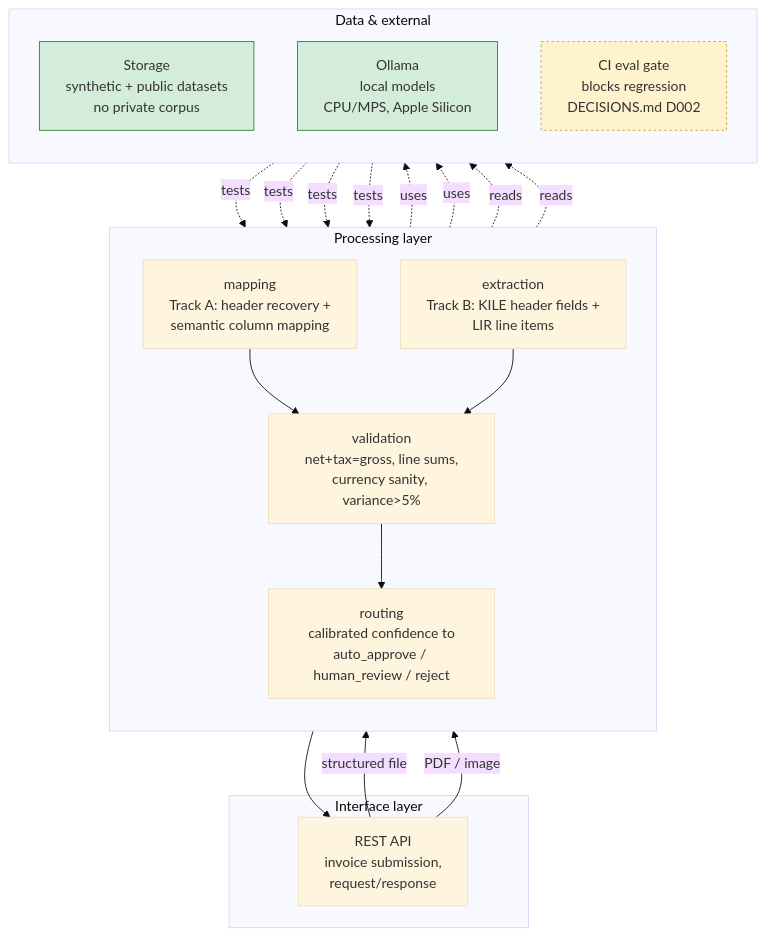
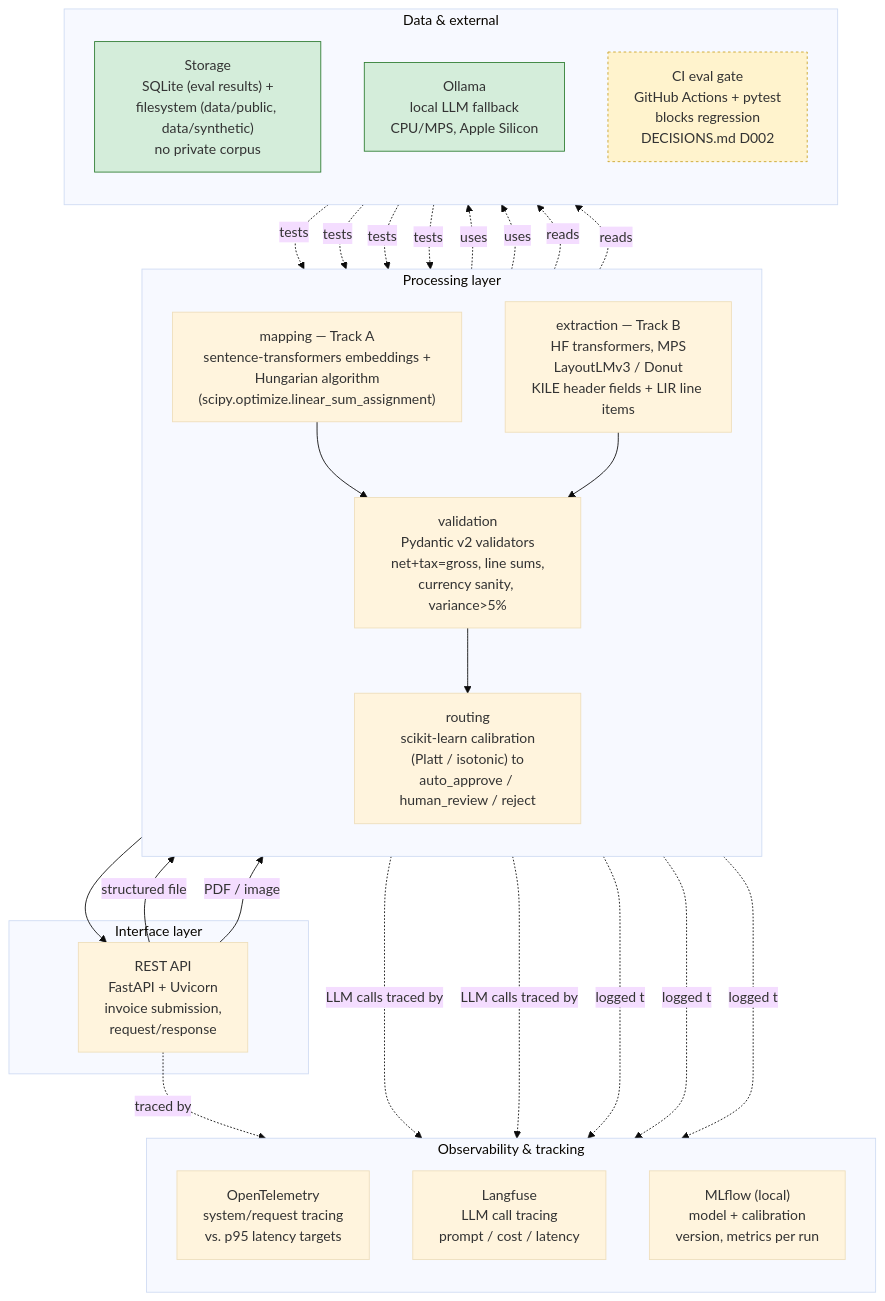
Before and after one commit to SaidIbenariba/invoiceops: the diagram in docs/architecture/system-architecture.md, drawn with Mermaid (base theme). The commit also changed other lines of this file and 5 other files, not shown here.

First line of the commit message:
Pin tech stack, add deployment + ML-lifecycle diagrams

````diff
--- a/docs/architecture/system-architecture.md
+++ b/docs/architecture/system-architecture.md
@@ -5,41 +5,55 @@
 ```mermaid
 flowchart TD
     subgraph IFACE["Interface layer"]
-        API["REST API<br/>invoice submission,<br/>request/response"]
+        API["REST API<br/>FastAPI + Uvicorn<br/>invoice submission,<br/>request/response"]
     end
 
     subgraph PROC["Processing layer"]
         direction TB
-        MAP["mapping<br/>Track A: header recovery +<br/>semantic column mapping"]
-        EXTRACT["extraction<br/>Track B: KILE header fields +<br/>LIR line items"]
-        VALID["validation<br/>net+tax=gross, line sums,<br/>currency sanity, variance&gt;5%"]
-        ROUTE["routing<br/>calibrated confidence to<br/>auto_approve / human_review / reject"]
+        MAP["mapping — Track A<br/>sentence-transformers embeddings +<br/>Hungarian algorithm<br/>(scipy.optimize.linear_sum_assignment)"]
+        EXTRACT["extraction — Track B<br/>HF transformers, MPS<br/>LayoutLMv3 / Donut<br/>KILE header fields + LIR line items"]
+        VALID["validation<br/>Pydantic v2 validators<br/>net+tax=gross, line sums,<br/>currency sanity, variance&gt;5%"]
+        ROUTE["routing<br/>scikit-learn calibration<br/>(Platt / isotonic) to<br/>auto_approve / human_review / reject"]
+    end
+
+    subgraph OBS["Observability &amp; tracking"]
+        direction TB
+        OTEL["OpenTelemetry<br/>system/request tracing<br/>vs. p95 latency targets"]
+        LANGFUSE["Langfuse<br/>LLM call tracing<br/>prompt / cost / latency"]
+        MLFLOW["MLflow (local)<br/>model + calibration<br/>version, metrics per run"]
     end
 
     subgraph DATAEXT["Data &amp; external"]
         direction TB
-        STORE["Storage<br/>synthetic + public datasets<br/>no private corpus"]
-        OLLAMA["Ollama<br/>local models<br/>CPU/MPS, Apple Silicon"]
-        CI["CI eval gate<br/>blocks regression<br/>DECISIONS.md D002"]
+        STORE["Storage<br/>SQLite (eval results) +<br/>filesystem (data/public, data/synthetic)<br/>no private corpus"]
+        OLLAMA["Ollama<br/>local LLM fallback<br/>CPU/MPS, Apple Silicon"]
+        CI["CI eval gate<br/>GitHub Actions + pytest<br/>blocks regression<br/>DECISIONS.md D002"]
     end
 
     API -->|structured file| MAP
     API -->|PDF / image| EXTRACT
     MAP --> VALID
     EXTRACT --> VALID
     VALID --> ROUTE
     ROUTE --> API
 
     MAP -.uses.-> OLLAMA
     EXTRACT -.uses.-> OLLAMA
     MAP -.reads.-> STORE
     EXTRACT -.reads.-> STORE
     CI -.tests.-> MAP
     CI -.tests.-> EXTRACT
     CI -.tests.-> VALID
     CI -.tests.-> ROUTE
 
+    API -.traced by.-> OTEL
+    MAP -.LLM calls traced by.-> LANGFUSE
+    EXTRACT -.LLM calls traced by.-> LANGFUSE
+    MAP -.logged to.-> MLFLOW
+    EXTRACT -.logged to.-> MLFLOW
+    ROUTE -.logged to.-> MLFLOW
+
     style CI fill:#fff3cd,stroke:#c9a227,stroke-dasharray: 3 3
     style STORE fill:#d4edda,stroke:#2e7d32
     style OLLAMA fill:#d4edda,stroke:#2e7d32
 ```
````
